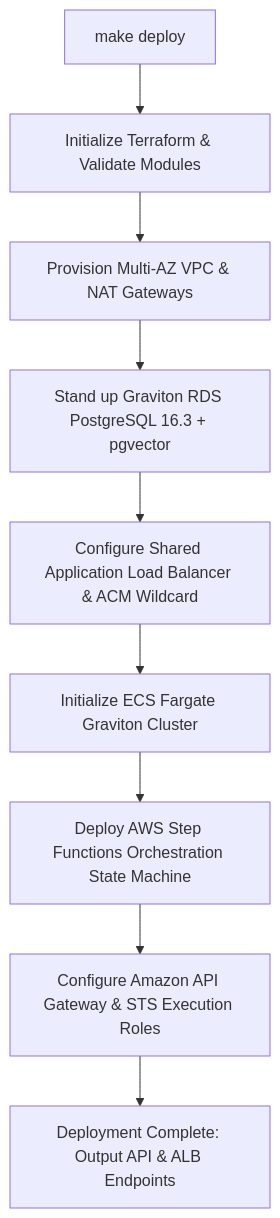
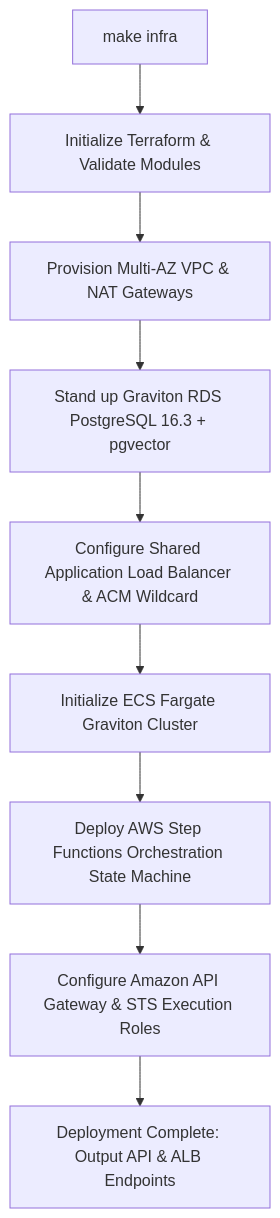
The diagram in docs/getting-started/deployment.md (rgayan12/trybase), drawn with Mermaid before and after one commit. The commit also changed other lines of this file and 22 other files, not shown here.

````diff
--- a/docs/getting-started/deployment.md
+++ b/docs/getting-started/deployment.md
@@ -30,11 +33,11 @@
 ```mermaid
 graph TD
-    A[make deploy] --> B[Initialize Terraform & Validate Modules]
+    A[make infra] --> B[Initialize Terraform & Validate Modules]
     B --> C[Provision Multi-AZ VPC & NAT Gateways]
     C --> D[Stand up Graviton RDS PostgreSQL 16.3 + pgvector]
     D --> E[Configure Shared Application Load Balancer & ACM Wildcard]
     E --> F[Initialize ECS Fargate Graviton Cluster]
     F --> G[Deploy AWS Step Functions Orchestration State Machine]
     G --> H[Configure Amazon API Gateway & STS Execution Roles]
     H --> I[Deployment Complete: Output API & ALB Endpoints]
 ```
````
